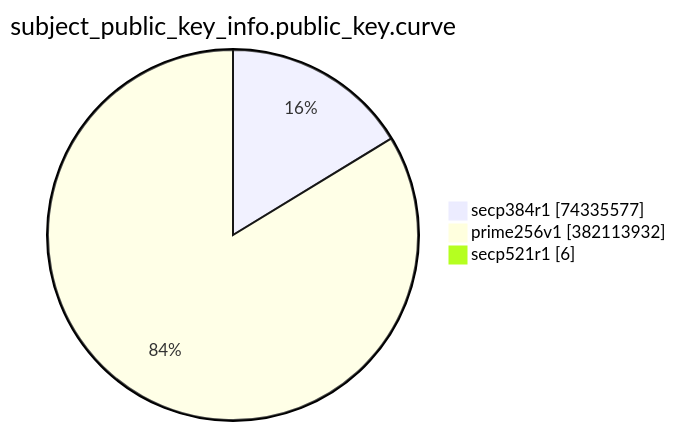
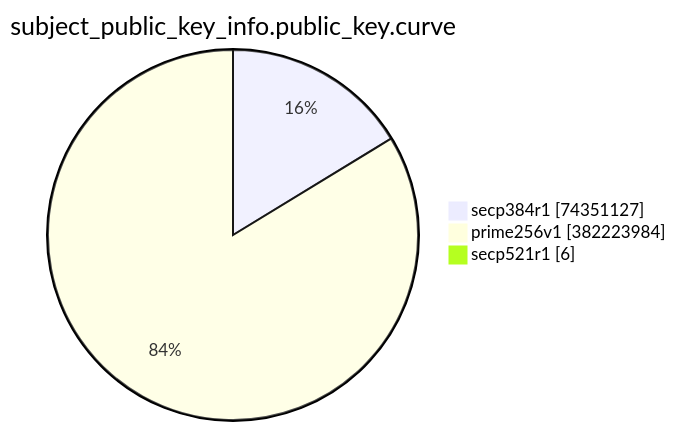
Before and after one commit to christiankrug/ctmonitor_visualization: the eighth of 15 diagrams in TOTAL/README.md, drawn with Mermaid. The commit also changed other lines of this file, not shown here.

````diff
--- a/TOTAL/README.md
+++ b/TOTAL/README.md
@@ -3094,7 +3094,7 @@
 ```mermaid
 pie showData
 title subject_public_key_info.public_key.curve
-"secp384r1" :74335577
-"prime256v1" :382113932
+"secp384r1" :74351127
+"prime256v1" :382223984
 "secp521r1" :6
 ```
````
